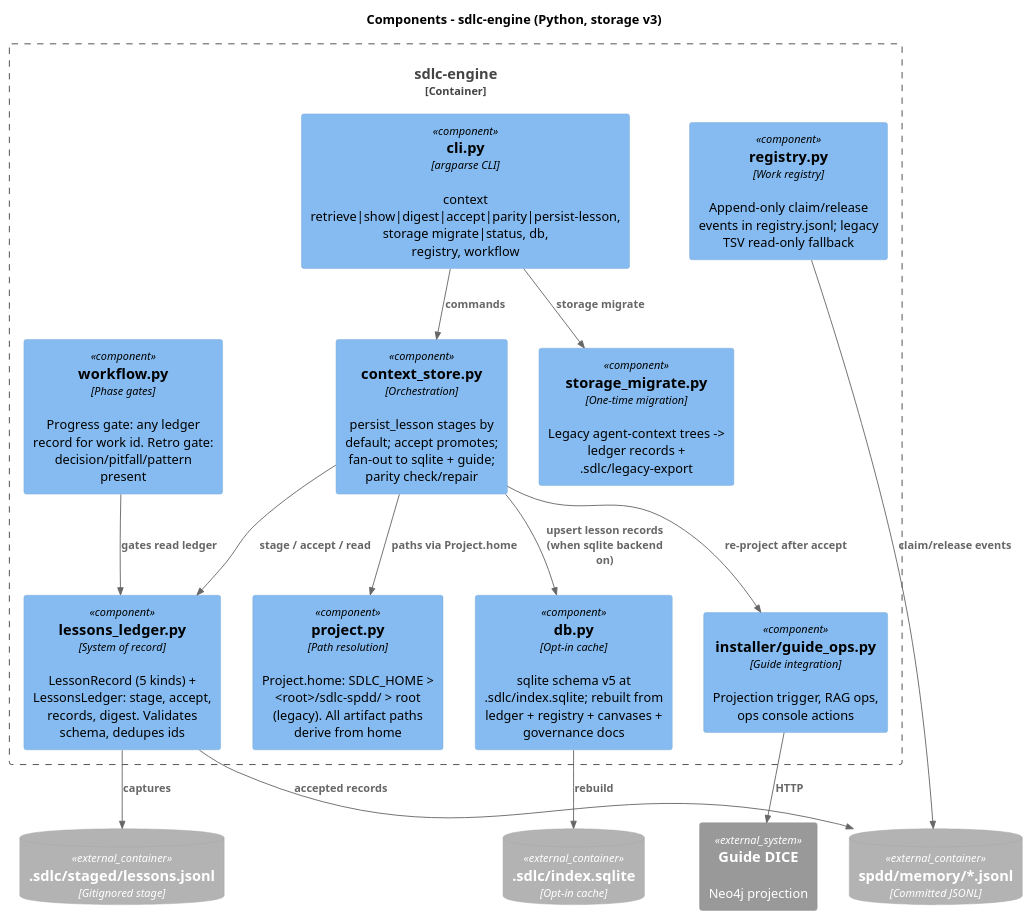
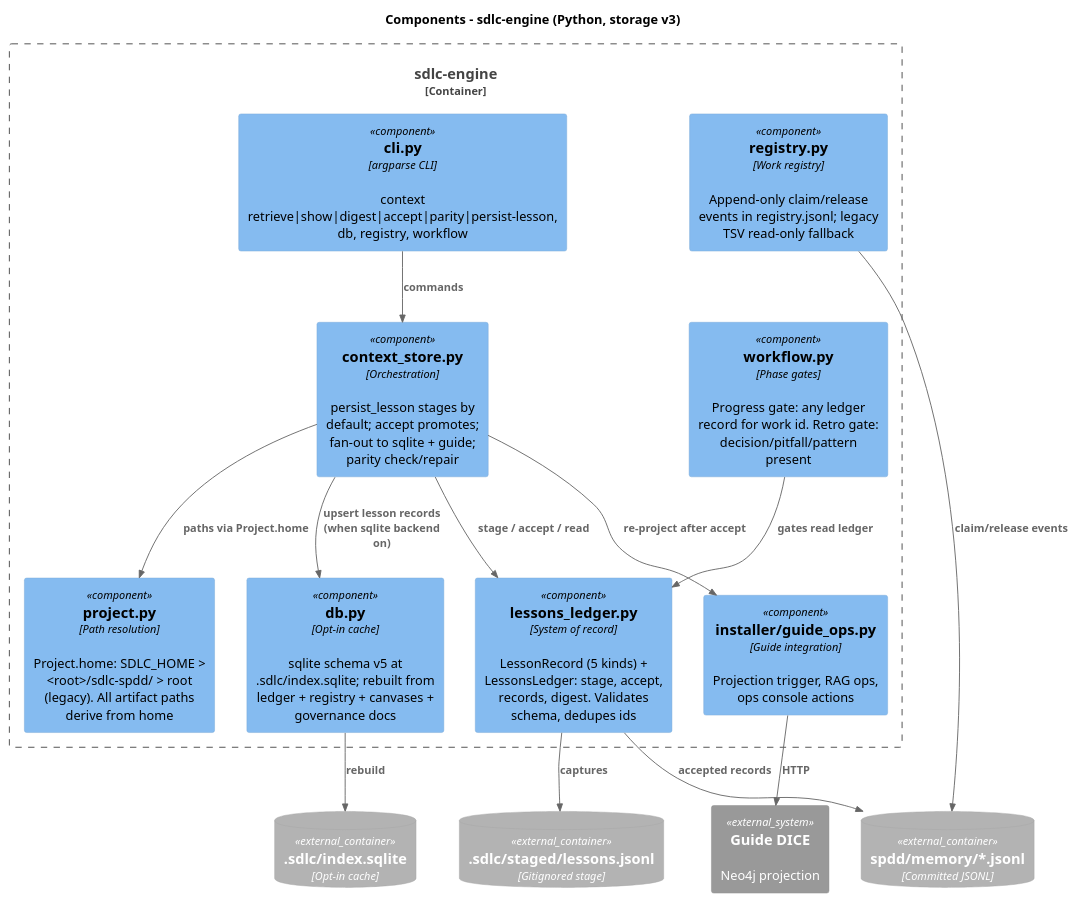
Before and after one commit to jmjava/sdlc-spdd-orchestrator: the diagram in docs/diagrams/03-component-engine.puml, drawn with PlantUML. The commit also changed 28 other files, not shown here.

First line of the commit message:
REF-002 T03: delete storage migration modules, CLI verbs, and legacy parsers.

```diff
--- a/docs/diagrams/03-component-engine.puml
+++ b/docs/diagrams/03-component-engine.puml
@@ -1,36 +1,34 @@
 @startuml 03-component-engine
 !include https://raw.githubusercontent.com/plantuml-stdlib/C4-PlantUML/master/C4_Component.puml
 
 title Components - sdlc-engine (Python, storage v3)
 
 Container_Boundary(engine, "sdlc-engine") {
-    Component(cli, "cli.py", "argparse CLI", "context retrieve|show|digest|accept|parity|persist-lesson, storage migrate|status, db, registry, workflow")
+    Component(cli, "cli.py", "argparse CLI", "context retrieve|show|digest|accept|parity|persist-lesson, db, registry, workflow")
     Component(project, "project.py", "Path resolution", "Project.home: SDLC_HOME > <root>/sdlc-spdd/ > root (legacy). All artifact paths derive from home")
     Component(ledgermod, "lessons_ledger.py", "System of record", "LessonRecord (5 kinds) + LessonsLedger: stage, accept, records, digest. Validates schema, dedupes ids")
     Component(store, "context_store.py", "Orchestration", "persist_lesson stages by default; accept promotes; fan-out to sqlite + guide; parity check/repair")
     Component(registry, "registry.py", "Work registry", "Append-only claim/release events in registry.jsonl; legacy TSV read-only fallback")
     Component(db, "db.py", "Opt-in cache", "sqlite schema v5 at .sdlc/index.sqlite; rebuilt from ledger + registry + canvases + governance docs")
-    Component(migrate, "storage_migrate.py", "One-time migration", "Legacy agent-context trees -> ledger records + .sdlc/legacy-export")
     Component(workflow, "workflow.py", "Phase gates", "Progress gate: any ledger record for work id. Retro gate: decision/pitfall/pattern present")
     Component(guideops, "installer/guide_ops.py", "Guide integration", "Projection trigger, RAG ops, ops console actions")
 }
 
 ContainerDb_Ext(ledger, "spdd/memory/*.jsonl", "Committed JSONL")
 ContainerDb_Ext(staged, ".sdlc/staged/lessons.jsonl", "Gitignored stage")
 ContainerDb_Ext(sqlite, ".sdlc/index.sqlite", "Opt-in cache")
 System_Ext(guide, "Guide DICE", "Neo4j projection")
 
 Rel(cli, store, "commands")
-Rel(cli, migrate, "storage migrate")
 Rel(store, ledgermod, "stage / accept / read")
 Rel(store, db, "upsert lesson records (when sqlite backend on)")
 Rel(store, guideops, "re-project after accept")
 Rel(ledgermod, staged, "captures")
 Rel(ledgermod, ledger, "accepted records")
 Rel(registry, ledger, "claim/release events")
 Rel(db, sqlite, "rebuild")
 Rel(guideops, guide, "HTTP")
 Rel(workflow, ledgermod, "gates read ledger")
 Rel(store, project, "paths via Project.home")
 
 @enduml
```
